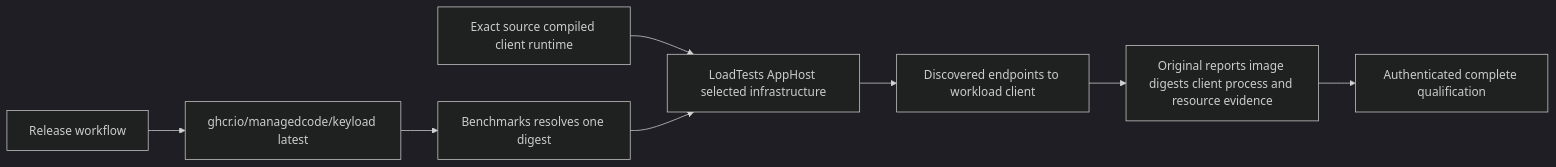
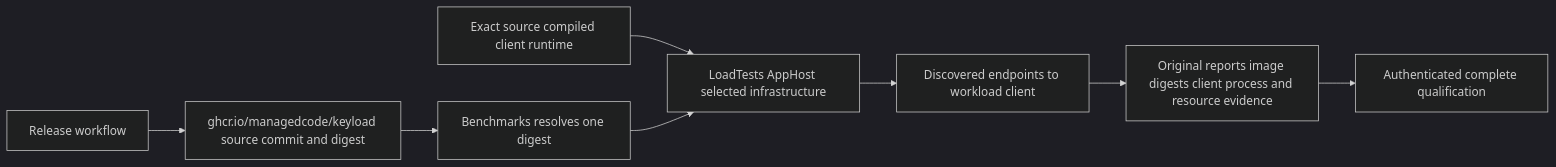
Before and after one commit to managedcode/KeyLoad: the first of 11 diagrams in docs/Features/BenchmarkComparisons.md, drawn with Mermaid (dark theme). The commit also changed other lines of this file and 58 other files, not shown here.

````diff
--- a/docs/Features/BenchmarkComparisons.md
+++ b/docs/Features/BenchmarkComparisons.md
@@ -128,10 +130,10 @@
 ```mermaid
 flowchart LR
-    Release[Release workflow] --> Registry[ghcr.io/managedcode/keyload latest]
+    Release[Release workflow] --> Registry[ghcr.io/managedcode/keyload source commit and digest]
     Registry --> Resolve[Benchmarks resolves one digest]
     GitHub[Exact source compiled client runtime] --> Host[LoadTests AppHost selected infrastructure]
     Resolve --> Host
     Host --> Client[Discovered endpoints to workload client]
     Client --> Artifact[Original reports image digests client process and resource evidence]
     Artifact --> Gate[Authenticated complete qualification]
 ```
````
